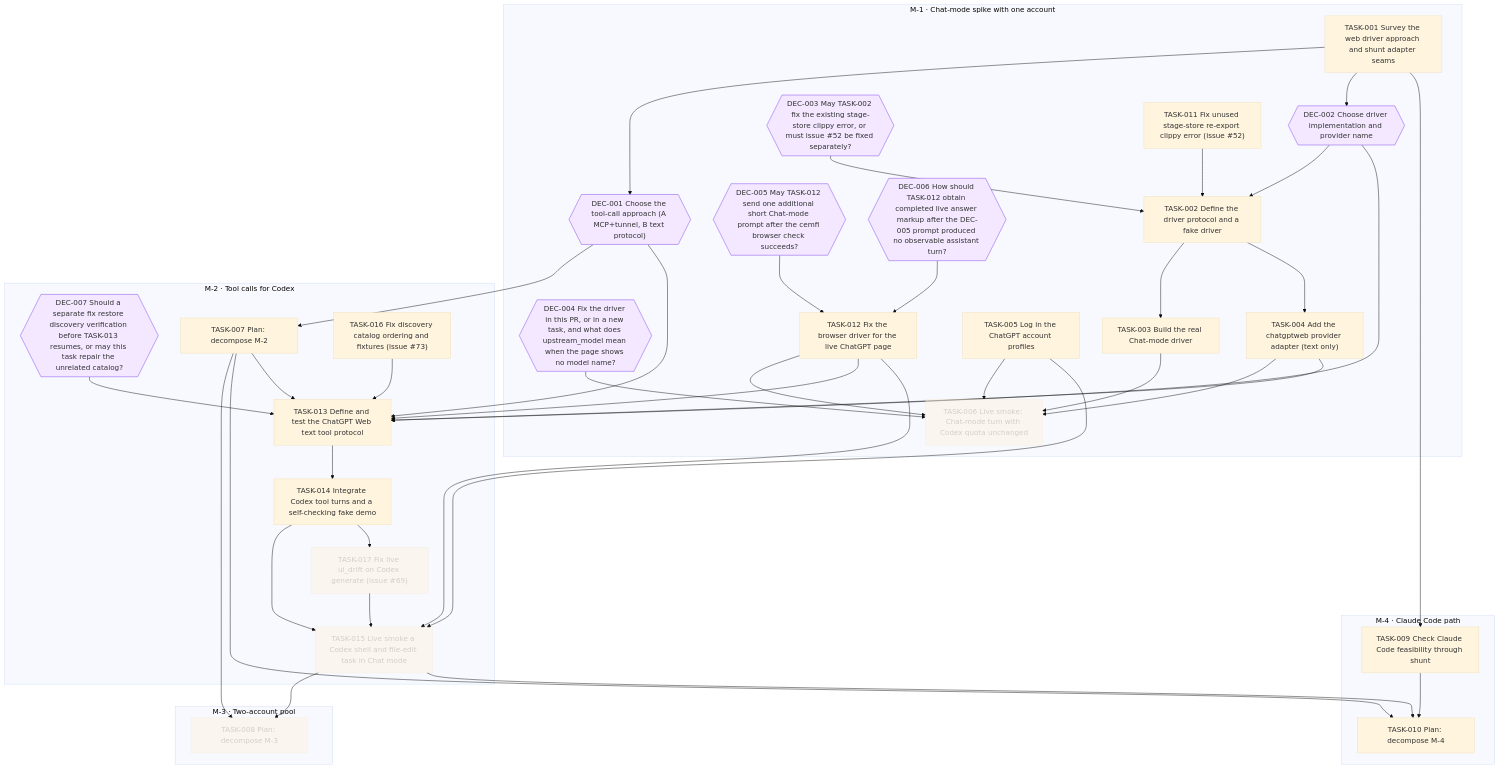
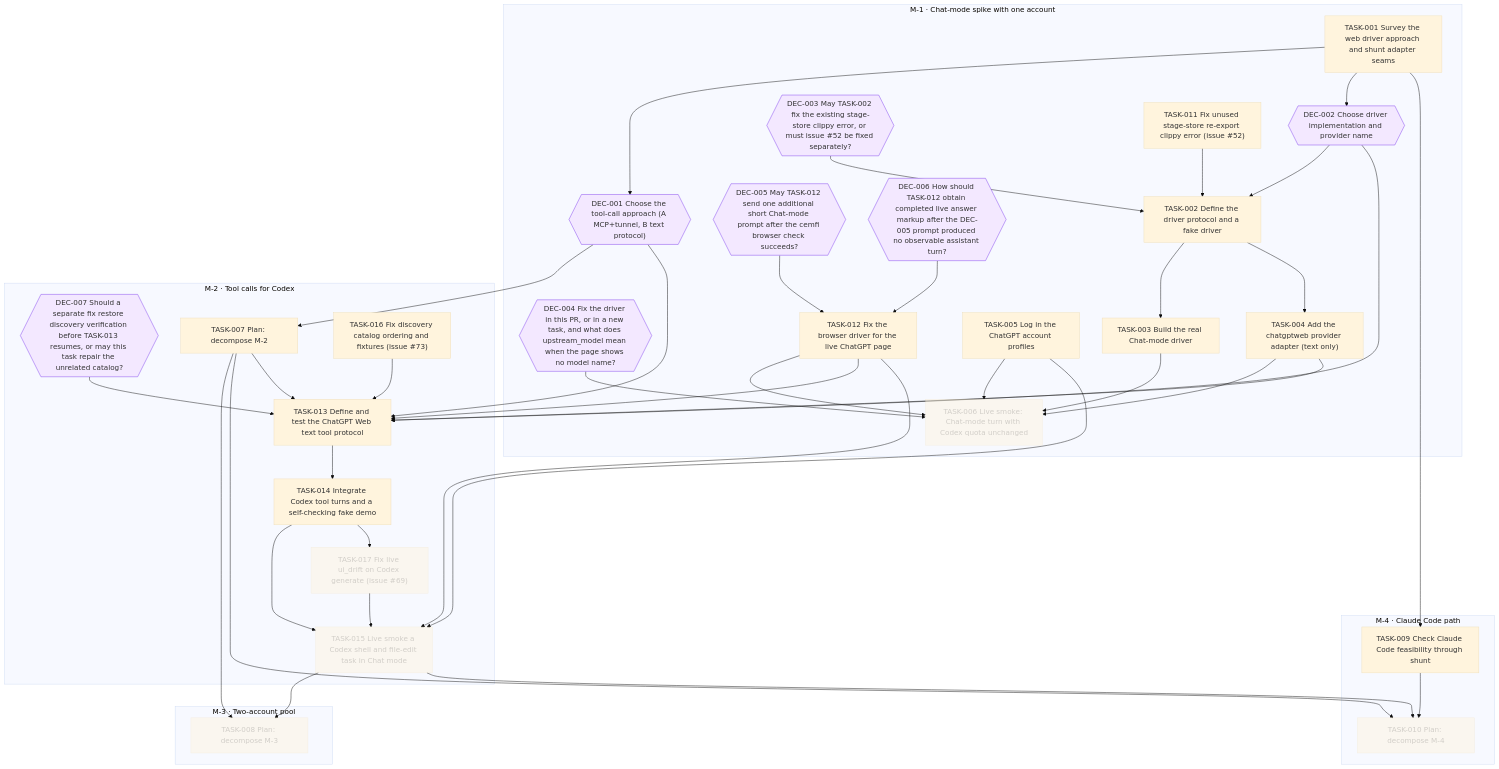
Before and after one commit to jesusvillota/shunt: the diagram in goals/chatgptweb-provider/README.md, drawn with Mermaid (base theme). The commit also changed 2 other files, not shown here.

Commit message:
goal(chatgptweb-provider): cancel TASK-010: Goal called off by owner 2026-10-28: ChatGPT web is now driven through Orca's browser via the delegate-chatgptweb skill.

```diff
--- a/goals/chatgptweb-provider/README.md
+++ b/goals/chatgptweb-provider/README.md
@@ -202,6 +202,7 @@
   classDef decision fill:#f3e8ff,stroke:#7c3aed
   class TASK_006 cancelled
   class TASK_008 cancelled
+  class TASK_010 cancelled
   class TASK_015 cancelled
   class TASK_017 cancelled
   class DEC_001 decision
```
